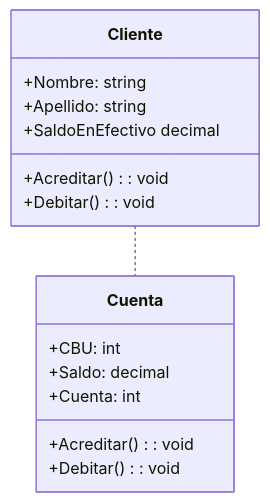
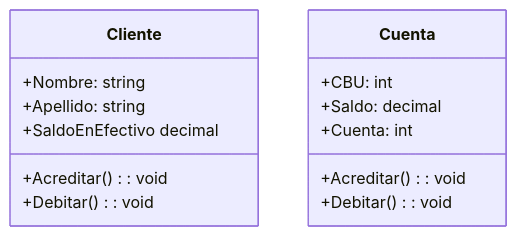
The diagram in README.md (David3578/Banco_01), drawn with Mermaid before and after one commit.

````diff
--- a/README.md
+++ b/README.md
@@ -2,18 +2,18 @@
 ```mermaid
 classDiagram
     class Cliente {
         +Nombre: string
         +Apellido: string
         +SaldoEnEfectivo decimal
         +Acreditar(): void
         +Debitar(): void
     }
     class Cuenta{
         +CBU: int
         +Saldo: decimal
         +Cuenta: int 
         +Acreditar(): void
         +Debitar(): void
     }
-Cliente..Cuenta
+
 ```
````
